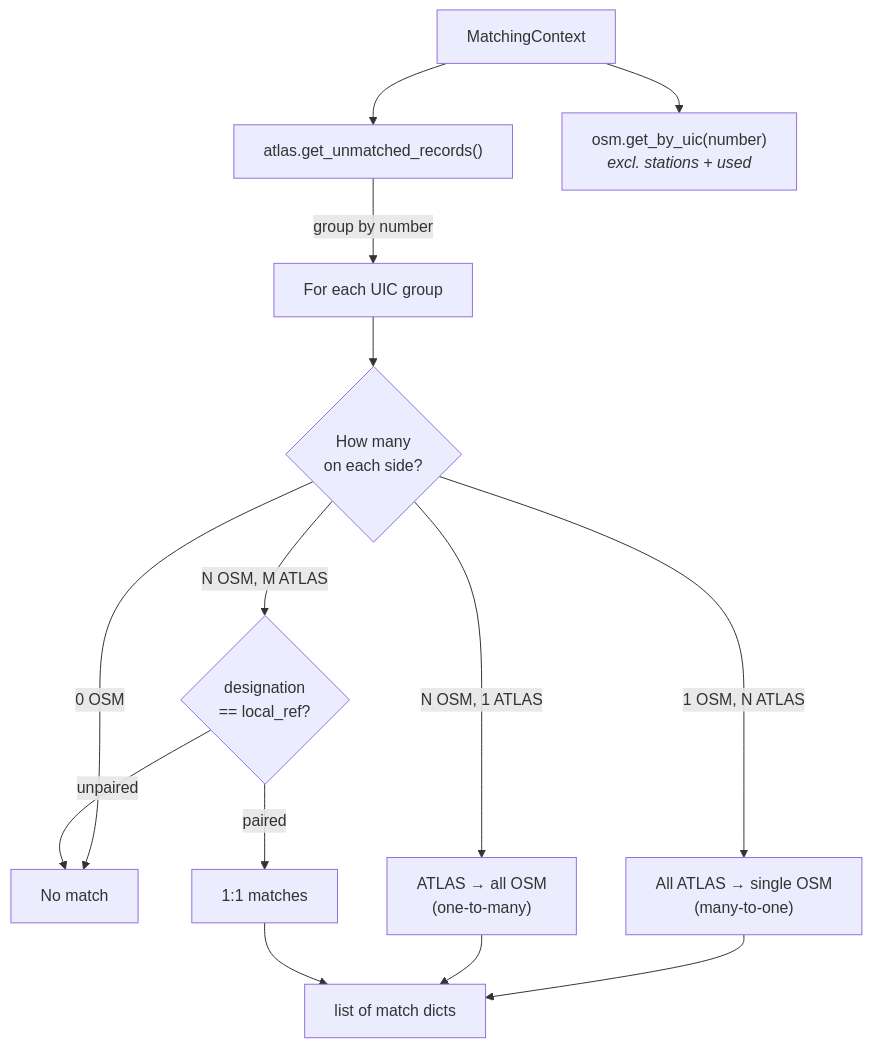
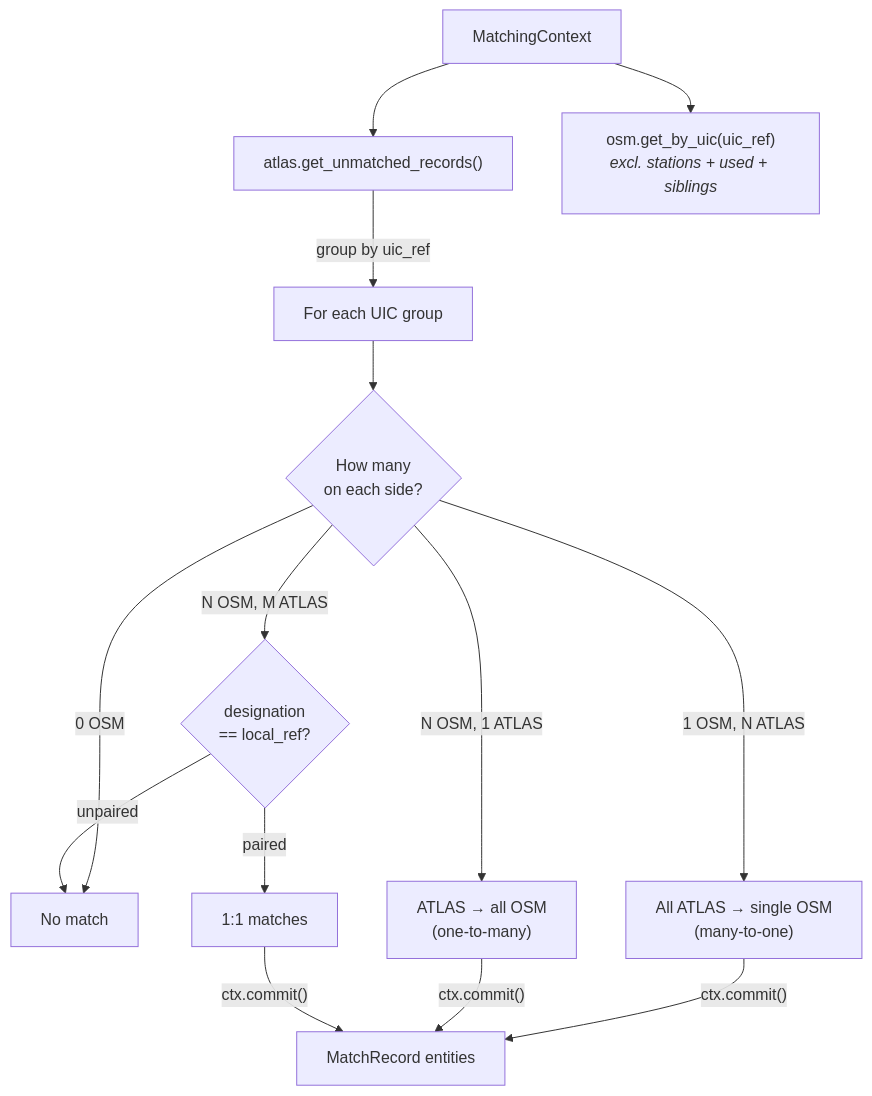
Before and after one commit to openTdataCH/stop_sync_osm_atlas: the diagram in documentation/2.1 Exact matching.md, drawn with Mermaid. The commit also changed other lines of this file and 35 other files, not shown here.

````diff
--- a/documentation/2.1 Exact matching.md
+++ b/documentation/2.1 Exact matching.md
@@ -5,16 +5,16 @@
 ```mermaid
 flowchart TB
     CTX["MatchingContext"] --> UA["atlas.get_unmatched_records()"]
-    CTX --> OSM["osm.get_by_uic(number)<br/><i>excl. stations + used</i>"]
-    UA -->|group by number| G["For each UIC group"]
+    CTX --> OSM["osm.get_by_uic(uic_ref)<br/><i>excl. stations + used + siblings</i>"]
+    UA -->|group by uic_ref| G["For each UIC group"]
     G --> C{"How many<br/>on each side?"}
 
     C -->|"0 OSM"| X["No match"]
     C -->|"1 OSM, N ATLAS"| M1["All ATLAS → single OSM<br/>(many-to-one)"]
     C -->|"N OSM, 1 ATLAS"| M2["ATLAS → all OSM<br/>(one-to-many)"]
     C -->|"N OSM, M ATLAS"| D{"designation<br/>== local_ref?"}
     D -->|paired| M3["1:1 matches"]
     D -->|unpaired| X
 
-    M1 & M2 & M3 --> OUT["list of match dicts"]
+    M1 & M2 & M3 -->|"ctx.commit()"| OUT["MatchRecord entities"]
 ```
````
